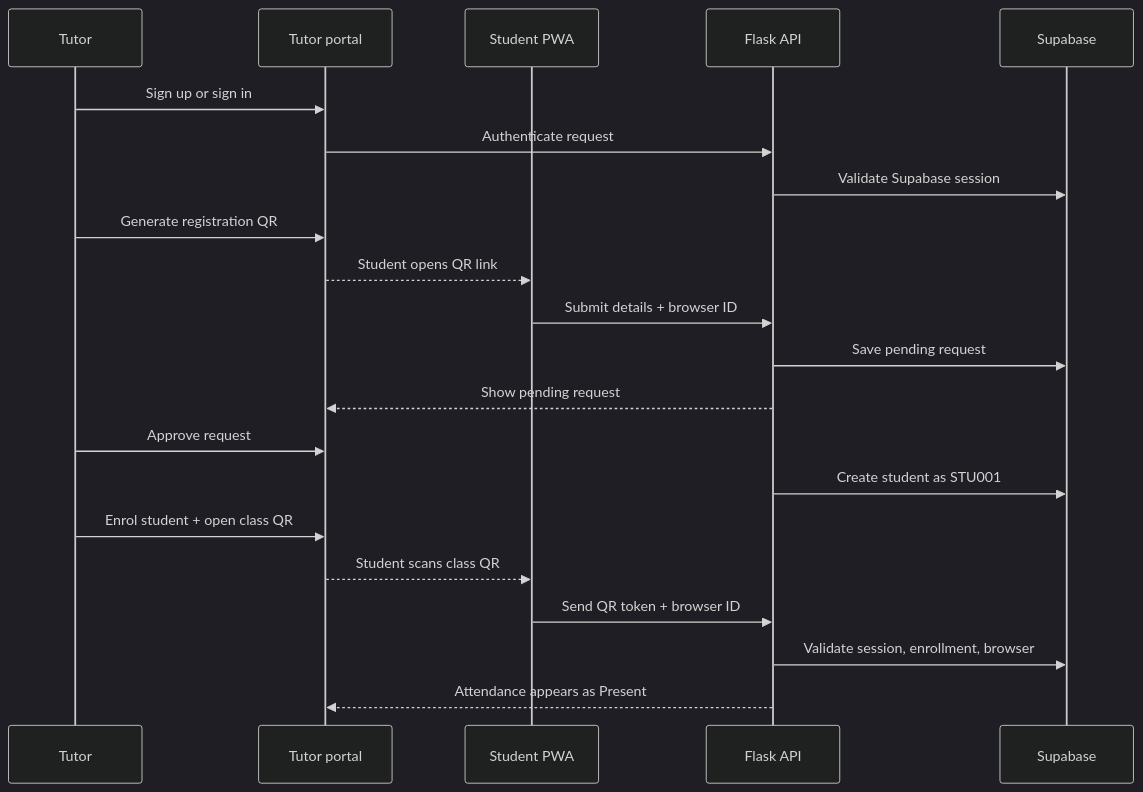
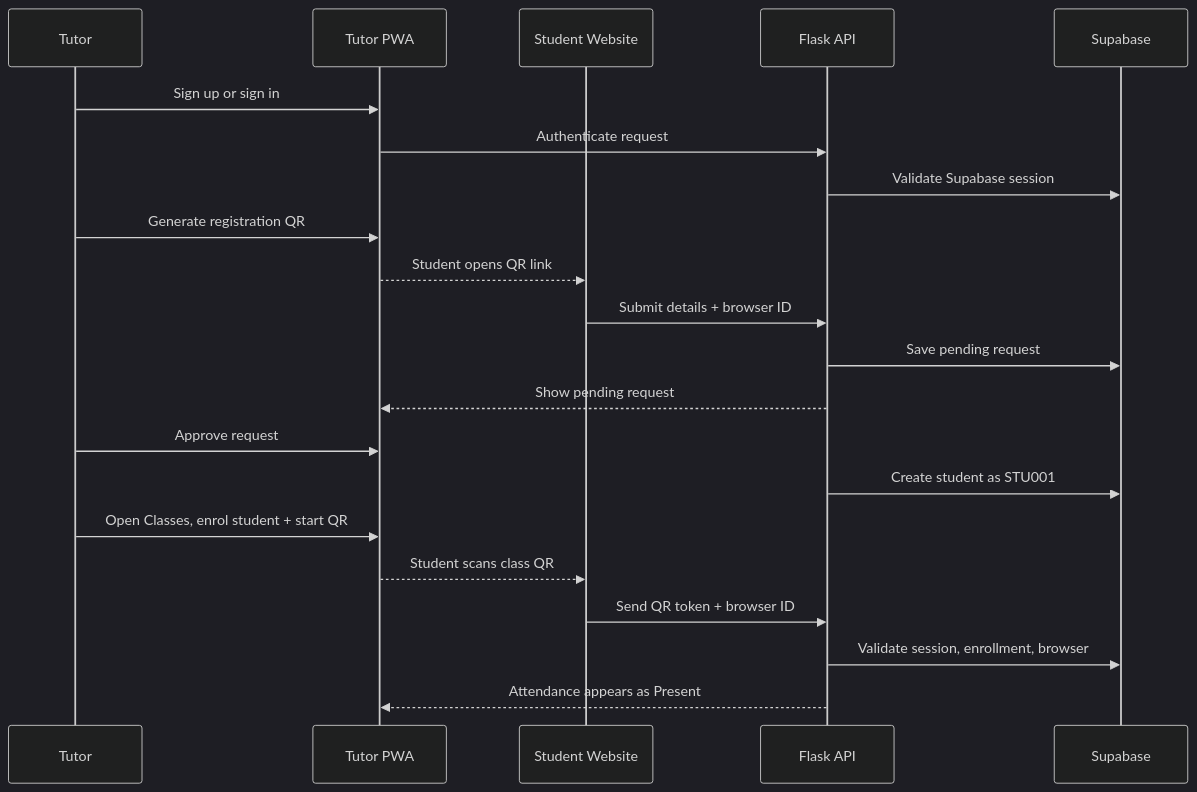
One commit to caelb-weirdo/TuitionLedger changed the second of 4 diagrams in README.md. Above: the diagram before and after it, drawn with Mermaid (dark theme). The commit also changed other lines of this file and 27 other files, not shown here.

Commit message:
feat: restructure tutor and student applications

````diff
--- a/README.md
+++ b/README.md
@@ -69,24 +74,24 @@
 ```mermaid
 sequenceDiagram
     participant T as Tutor
-    participant W as Tutor portal
-    participant S as Student PWA
+    participant W as Tutor PWA
+    participant S as Student Website
     participant A as Flask API
     participant D as Supabase
 
     T->>W: Sign up or sign in
     W->>A: Authenticate request
     A->>D: Validate Supabase session
     T->>W: Generate registration QR
     W-->>S: Student opens QR link
     S->>A: Submit details + browser ID
     A->>D: Save pending request
     A-->>W: Show pending request
     T->>W: Approve request
     A->>D: Create student as STU001
-    T->>W: Enrol student + open class QR
+    T->>W: Open Classes, enrol student + start QR
     W-->>S: Student scans class QR
     S->>A: Send QR token + browser ID
     A->>D: Validate session, enrollment, browser
     A-->>W: Attendance appears as Present
 ```
````
